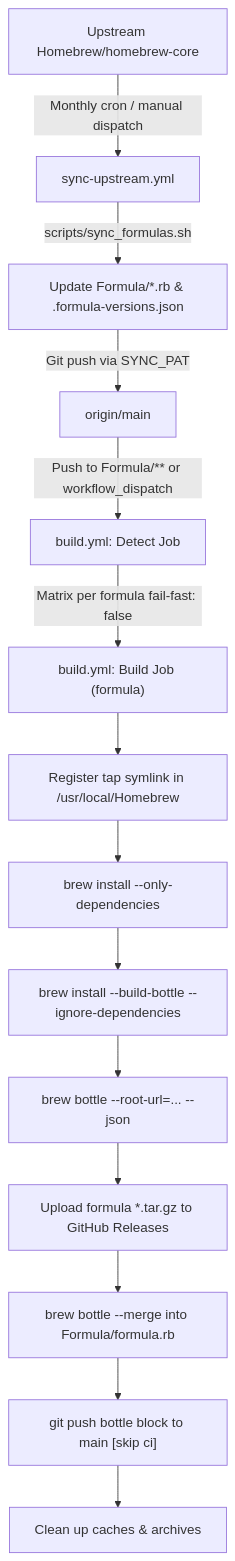
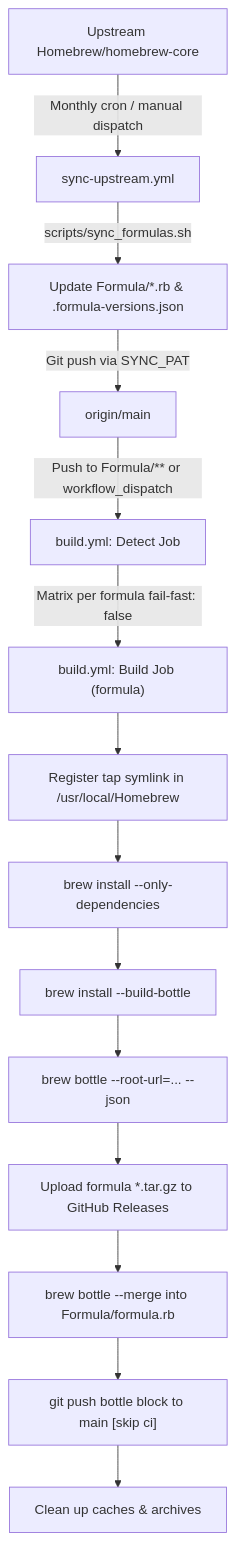
One commit to Jaewoook/homebrew-nal changed the diagram in README.md. Above: the diagram before and after it, drawn with Mermaid. The commit also changed other lines of this file and 1 other file, not shown here.

Commit message:
Fix bottle build by removing ignore dependencies flag and adding no-ask mode

````diff
--- a/README.md
+++ b/README.md
@@ -50,16 +50,16 @@
 ```mermaid
 flowchart TD
     A["Upstream Homebrew/homebrew-core"] -->|Monthly cron / manual dispatch| B["sync-upstream.yml"]
     B -->|scripts/sync_formulas.sh| C["Update Formula/*.rb & .formula-versions.json"]
     C -->|Git push via SYNC_PAT| D["origin/main"]
     D -->|Push to Formula/** or workflow_dispatch| E["build.yml: Detect Job"]
     E -->|Matrix per formula fail-fast: false| F["build.yml: Build Job (formula)"]
     F --> G["Register tap symlink in /usr/local/Homebrew"]
     G --> H["brew install --only-dependencies"]
-    H --> I["brew install --build-bottle --ignore-dependencies"]
+    H --> I["brew install --build-bottle"]
     I --> J["brew bottle --root-url=... --json"]
     J --> K["Upload formula *.tar.gz to GitHub Releases"]
     K --> L["brew bottle --merge into Formula/formula.rb"]
     L --> M["git push bottle block to main [skip ci]"]
     M --> N["Clean up caches & archives"]
 ```
````
